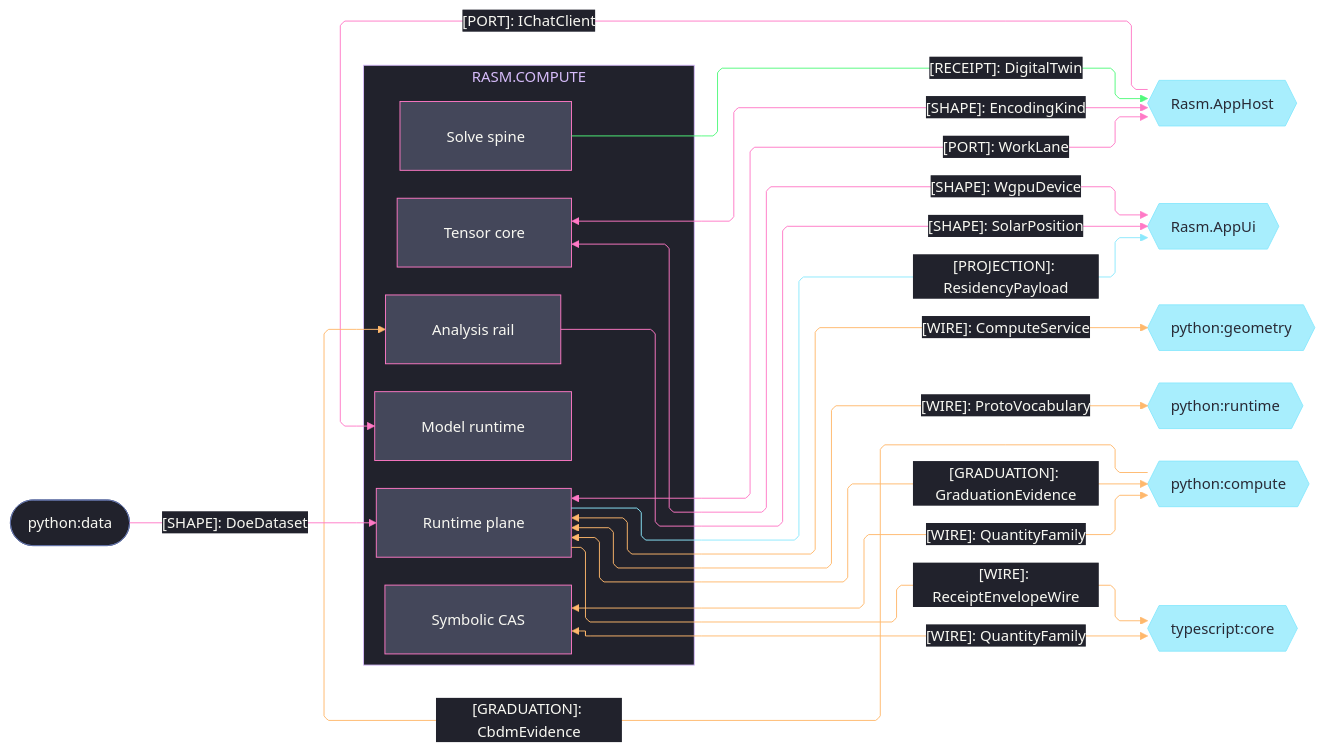
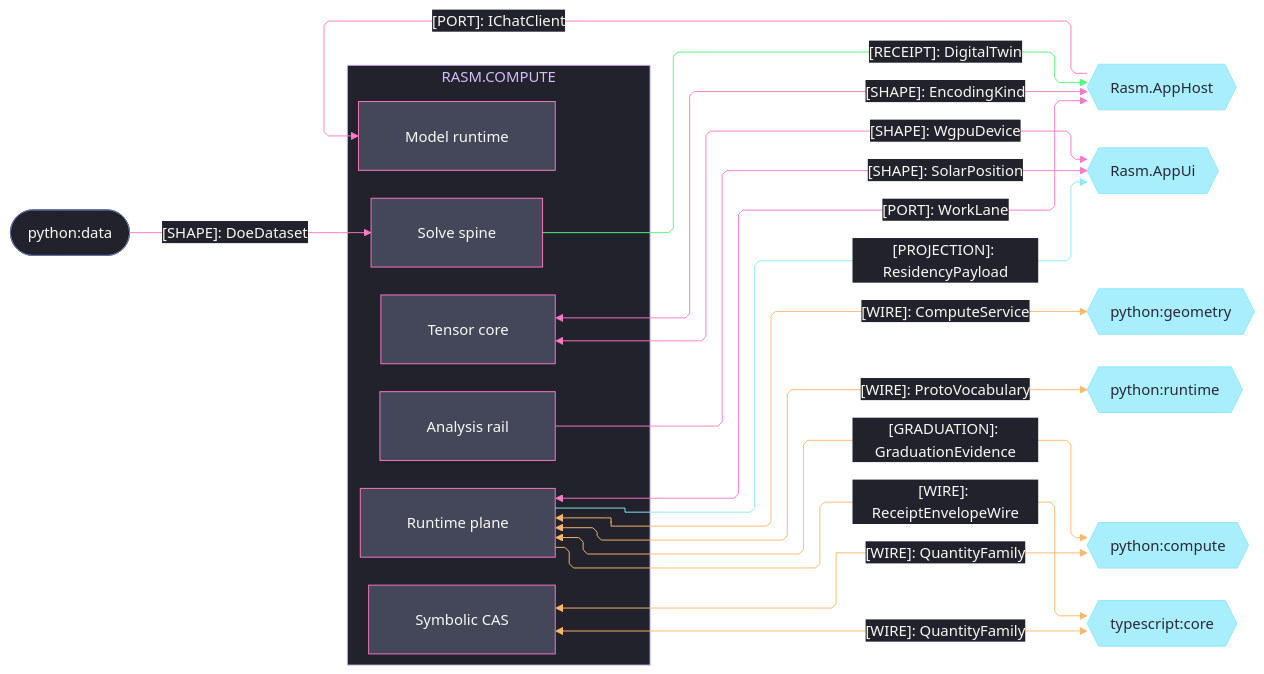
The third of 4 diagrams in libs/csharp/Rasm.Compute/ARCHITECTURE.md (bsamiee/Rasm), drawn with Mermaid before and after one commit. The commit also changed other lines of this file and 24 other files, not shown here.

Commit message:
architecture: seam registries + codemaps aligned across the estate (worker fabric edges, scene rows, csharp/ts seam mirrors)

````diff
--- a/libs/csharp/Rasm.Compute/ARCHITECTURE.md
+++ b/libs/csharp/Rasm.Compute/ARCHITECTURE.md
@@ -145,75 +228,74 @@
 ```mermaid
 ---
 config:
   theme: base
   look: classic
   layout: elk
   flowchart:
     curve: linear
     padding: 25
   themeVariables:
     darkMode: true
     fontFamily: "SF Mono, Menlo, Cascadia Mono, Segoe UI Mono, Consolas, monospace"
     useGradient: false
     dropShadow: "none"
     background: "#282A36"
     primaryColor: "#44475A"
     primaryTextColor: "#F8F8F2"
     primaryBorderColor: "#BD93F9"
     lineColor: "#FF79C6"
     textColor: "#F8F8F2"
     clusterBkg: "#21222C"
     clusterBorder: "#D6BCFA"
     edgeLabelBackground: "#21222C"
     labelBackgroundColor: "#21222C"
     titleColor: "#D6BCFA"
   themeCSS: ".nodeLabel{font-size:13px;font-weight:500}.edgeLabel{font-size:12px;font-weight:500}.cluster-label .nodeLabel{font-size:13.5px;font-weight:700;letter-spacing:.08em}.edge-thickness-normal{stroke-width:2px}.edge-thickness-thick{stroke-width:3px}.edge-pattern-dashed,.edge-pattern-dotted{stroke-width:1.5px;stroke-dasharray:4 6}.node rect,.node circle,.node polygon,.node path,.node .outer-path{stroke-width:1.5px;filter:none!important}.cluster rect{stroke-width:1px!important;stroke-dasharray:5 4!important;filter:none!important}.marker path{transform:scale(.8);transform-origin:5px 5px}.marker circle{transform:scale(.48);transform-origin:5px 5px}.edgeLabel rect{transform-box:fill-box;transform-origin:center;transform:scale(1.1,1.2)}"
 ---
 flowchart LR
     accTitle: Compute platform and cross-runtime seams
     accDescr: Compute sub-domain owners exchanging ports, receipts, projections, wires, and graduation evidence with the AppHost and AppUi platform peers and the Python and TypeScript cross-runtime peers, edge rails colored by kind and nodes classed by seam direction.
     subgraph compute[RASM.COMPUTE]
-        Runtime[Runtime plane]
-        Analysis[Analysis rail]
-        Symbolic[Symbolic CAS]
         Model[Model runtime]
         Tensor[Tensor core]
         Solver[Solve spine]
+        Analysis[Analysis rail]
+        Runtime[Runtime plane]
+        Symbolic[Symbolic CAS]
     end
     AppHost{{Rasm.AppHost}}
     AppUi{{Rasm.AppUi}}
+    Data([python:data])
     Geometry{{python:geometry}}
     PyRuntime{{python:runtime}}
     Compute{{python:compute}}
-    Data([python:data])
     Core{{typescript:core}}
     Runtime e1@<-->|"[PORT]: WorkLane"| AppHost
     AppHost e2@-->|"[PORT]: IChatClient"| Model
     Solver e3@-->|"[RECEIPT]: DigitalTwin"| AppHost
     Tensor e4@<-->|"[SHAPE]: EncodingKind"| AppHost
     Runtime e5@-->|"[PROJECTION]: ResidencyPayload"| AppUi
     Tensor e6@<-->|"[SHAPE]: WgpuDevice"| AppUi
     Analysis e7@-->|"[SHAPE]: SolarPosition"| AppUi
     Runtime e8@<-->|"[WIRE]: ComputeService"| Geometry
     Runtime e9@<-->|"[WIRE]: ProtoVocabulary"| PyRuntime
     Runtime e10@<-->|"[GRADUATION]: GraduationEvidence"| Compute
-    Compute e11@-->|"[GRADUATION]: CbdmEvidence"| Analysis
     Symbolic e12@<-->|"[WIRE]: QuantityFamily"| Compute
-    Data e13@-->|"[SHAPE]: DoeDataset"| Runtime
+    Data e13@-->|"[SHAPE]: DoeDataset"| Solver
     Runtime e14@-->|"[WIRE]: ReceiptEnvelopeWire"| Core
     Symbolic e15@<-->|"[WIRE]: QuantityFamily"| Core
     classDef primary fill:#44475A,stroke:#FF79C6,color:#F8F8F2
     classDef external fill:#8BE9FDBF,stroke:#8BE9FD,color:#282A36
     classDef annotation fill:#21222C,stroke:#6272A4,color:#F8F8F2
     classDef edgeData stroke:#FFB86C,color:#F8F8F2
     classDef edgeSuccess stroke:#50FA7B,color:#F8F8F2
     classDef edgeExternal stroke:#8BE9FD,color:#F8F8F2
     classDef edgeControl stroke:#FF79C6,color:#F8F8F2
     class Runtime,Analysis,Symbolic,Model,Tensor,Solver primary
     class AppHost,AppUi,Geometry,PyRuntime,Compute,Core external
     class Data annotation
-    class e8,e9,e10,e11,e12,e14,e15 edgeData
+    class e8,e9,e10,e12,e14,e15 edgeData
     class e3 edgeSuccess
     class e5 edgeExternal
     class e1,e2,e4,e6,e7,e13 edgeControl
 ```
````
